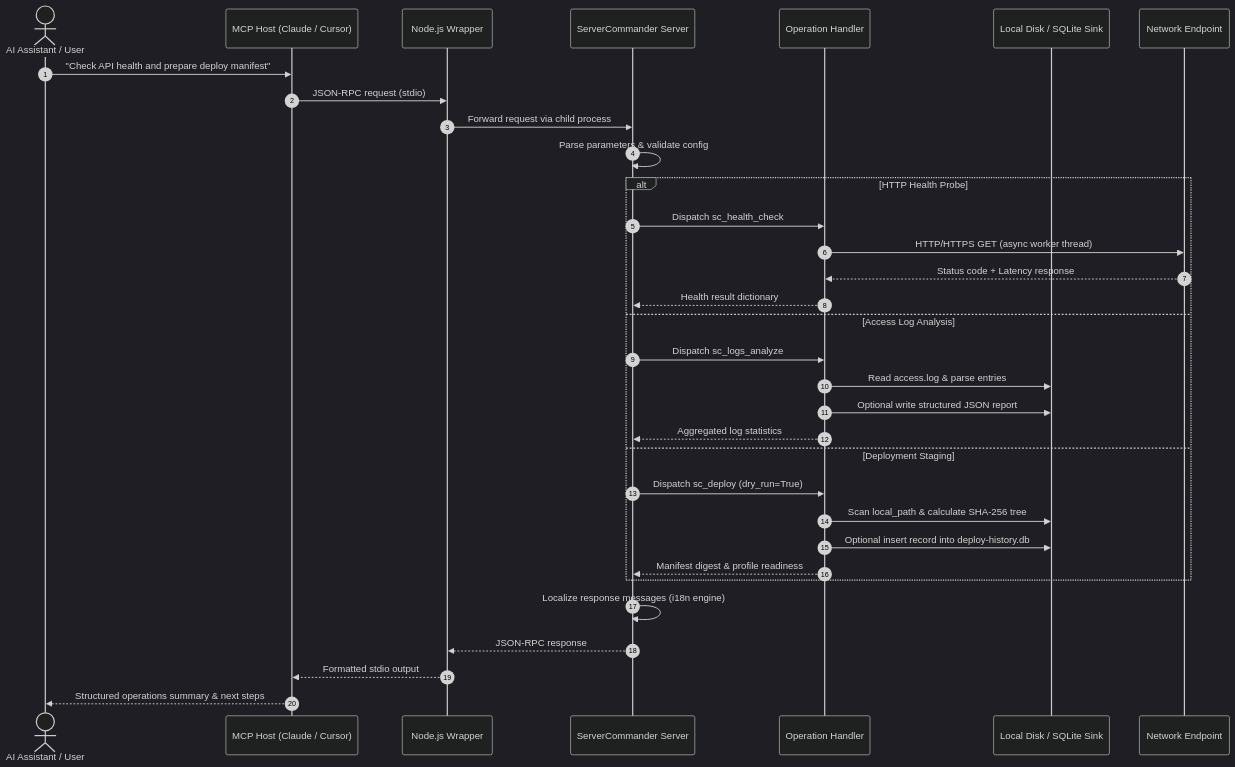
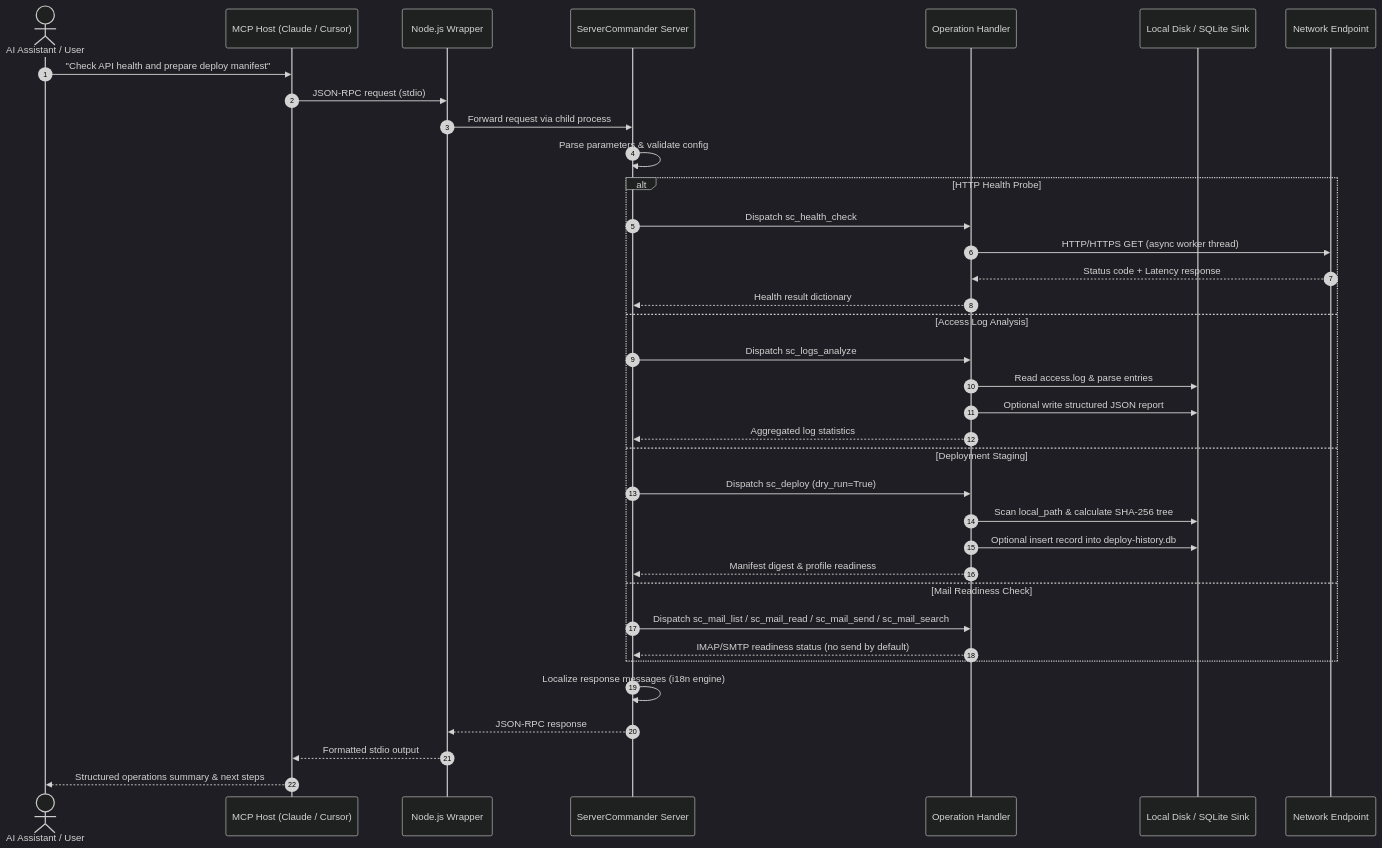
One commit to ellmos-ai/ellmos-servercommander-mcp changed the second of 2 diagrams in README.md. Above: the diagram before and after it, drawn with Mermaid (dark theme). The commit also changed other lines of this file and 16 other files, not shown here.

````diff
--- a/README.md
+++ b/README.md
@@ -185,38 +190,41 @@
 ```mermaid
 sequenceDiagram
     autonumber
     actor User as AI Assistant / User
     participant Host as MCP Host (Claude / Cursor)
     participant Wrapper as Node.js Wrapper
     participant Server as ServerCommander Server
     participant Handler as Operation Handler
     participant Disk as Local Disk / SQLite Sink
     participant Target as Network Endpoint
 
     User->>Host: "Check API health and prepare deploy manifest"
     Host->>Wrapper: JSON-RPC request (stdio)
     Wrapper->>Server: Forward request via child process
     Server->>Server: Parse parameters & validate config
 
     alt HTTP Health Probe
         Server->>Handler: Dispatch sc_health_check
         Handler->>Target: HTTP/HTTPS GET (async worker thread)
         Target-->>Handler: Status code + Latency response
         Handler-->>Server: Health result dictionary
     else Access Log Analysis
         Server->>Handler: Dispatch sc_logs_analyze
         Handler->>Disk: Read access.log & parse entries
         Handler->>Disk: Optional write structured JSON report
         Handler-->>Server: Aggregated log statistics
     else Deployment Staging
         Server->>Handler: Dispatch sc_deploy (dry_run=True)
         Handler->>Disk: Scan local_path & calculate SHA-256 tree
         Handler->>Disk: Optional insert record into deploy-history.db
         Handler-->>Server: Manifest digest & profile readiness
+    else Mail Readiness Check
+        Server->>Handler: Dispatch sc_mail_list / sc_mail_read / sc_mail_send / sc_mail_search
+        Handler-->>Server: IMAP/SMTP readiness status (no send by default)
     end
 
     Server->>Server: Localize response messages (i18n engine)
     Server-->>Wrapper: JSON-RPC response
     Wrapper-->>Host: Formatted stdio output
     Host-->>User: Structured operations summary & next steps
 ```
````
